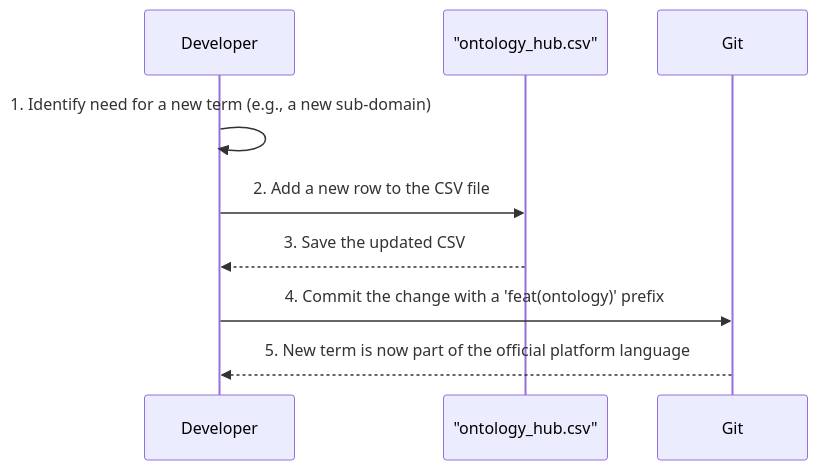
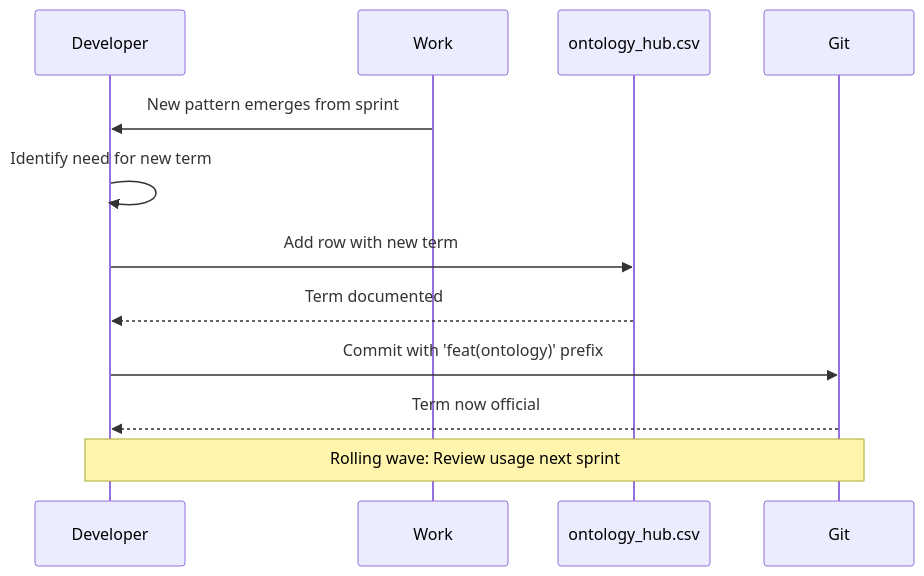
The third of 4 diagrams in docs/2_data_governance/ontology_hub.md (PrometheusFire-22/project-chronos), drawn with Mermaid before and after one commit. The commit also changed other lines of this file and 12 other files, not shown here.

````diff
--- a/docs/2_data_governance/ontology_hub.md
+++ b/docs/2_data_governance/ontology_hub.md
@@ -59,12 +272,16 @@
 ```mermaid
 sequenceDiagram
     participant D as Developer
-    participant F as "ontology_hub.csv"
+    participant W as Work
+    participant O as ontology_hub.csv
     participant G as Git
-    
-    D->>D: 1. Identify need for a new term (e.g., a new sub-domain)
-    D->>F: 2. Add a new row to the CSV file
-    F-->>D: 3. Save the updated CSV
-    D->>G: 4. Commit the change with a 'feat(ontology)' prefix
-    G-->>D: 5. New term is now part of the official platform language
+
+    W->>D: New pattern emerges from sprint
+    D->>D: Identify need for new term
+    D->>O: Add row with new term
+    O-->>D: Term documented
+    D->>G: Commit with 'feat(ontology)' prefix
+    G-->>D: Term now official
+
+    Note over D,G: Rolling wave: Review usage next sprint
 ```
````
